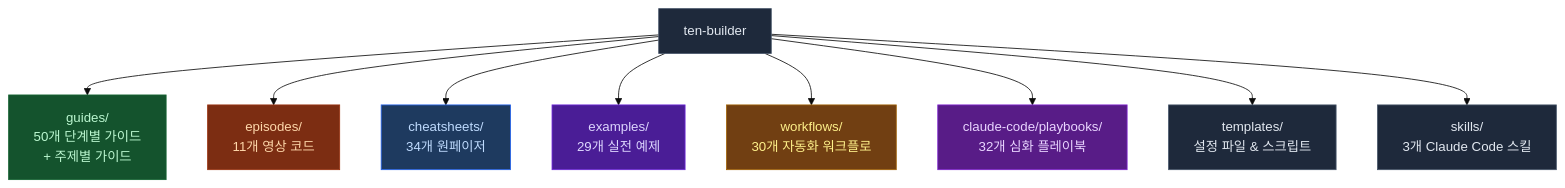
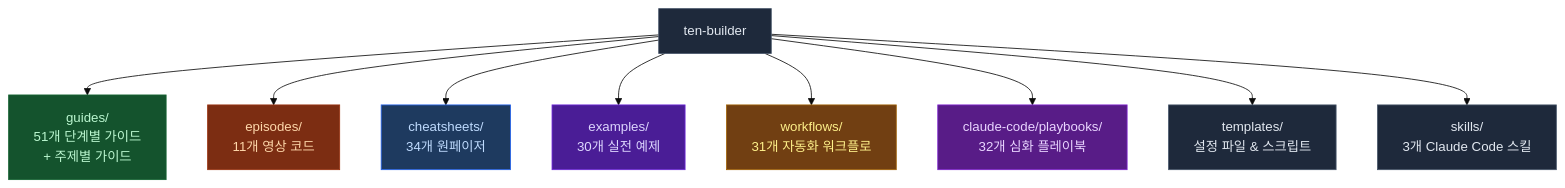
Before and after one commit to AndrewRoh/ten-builder: the first of 2 diagrams in README.md, drawn with Mermaid (base theme). The commit also changed other lines of this file, not shown here.

Commit message:
docs: README sync -- guide 51, multi-model routing workflow, session memory example (#180)

````diff
--- a/README.md
+++ b/README.md
@@ -23,21 +23,21 @@
 ```mermaid
 flowchart TD
-    R["ten-builder"] --> G["guides/\n50개 단계별 가이드\n+ 주제별 가이드"]
+    R["ten-builder"] --> G["guides/\n51개 단계별 가이드\n+ 주제별 가이드"]
     R --> E["episodes/\n11개 영상 코드"]
     R --> C["cheatsheets/\n34개 원페이저"]
-    R --> EX["examples/\n29개 실전 예제"]
-    R --> W["workflows/\n30개 자동화 워크플로"]
+    R --> EX["examples/\n30개 실전 예제"]
+    R --> W["workflows/\n31개 자동화 워크플로"]
     R --> P["claude-code/playbooks/\n32개 심화 플레이북"]
     R --> T["templates/\n설정 파일 & 스크립트"]
     R --> S["skills/\n3개 Claude Code 스킬"]
 
     style R fill:#1e293b,stroke:#475569,color:#e2e8f0
     style G fill:#14532d,stroke:#166534,color:#bbf7d0
     style E fill:#7c2d12,stroke:#9a3412,color:#fed7aa
     style C fill:#1e3a5f,stroke:#2563eb,color:#bfdbfe
     style EX fill:#4a1d96,stroke:#6d28d9,color:#ddd6fe
     style W fill:#713f12,stroke:#a16207,color:#fef08a
     style P fill:#581c87,stroke:#7e22ce,color:#e9d5ff
     style T fill:#1e293b,stroke:#475569,color:#e2e8f0
     style S fill:#1e293b,stroke:#475569,color:#e2e8f0
 ```
````
